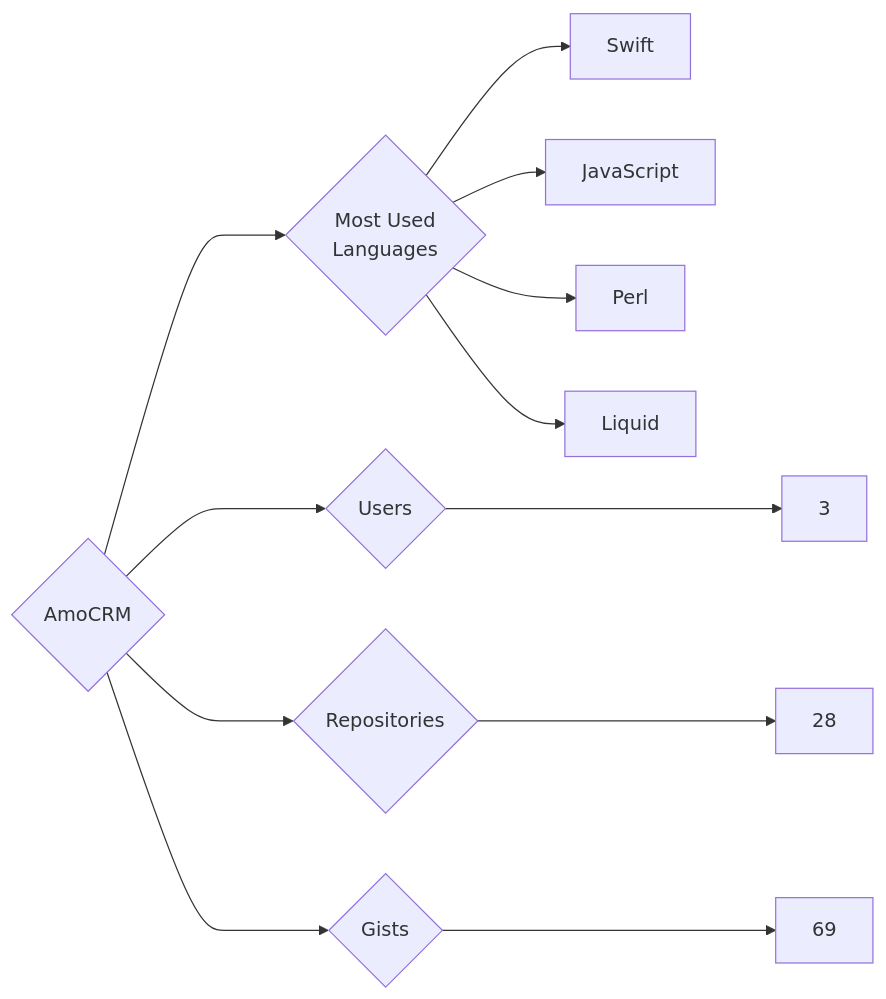
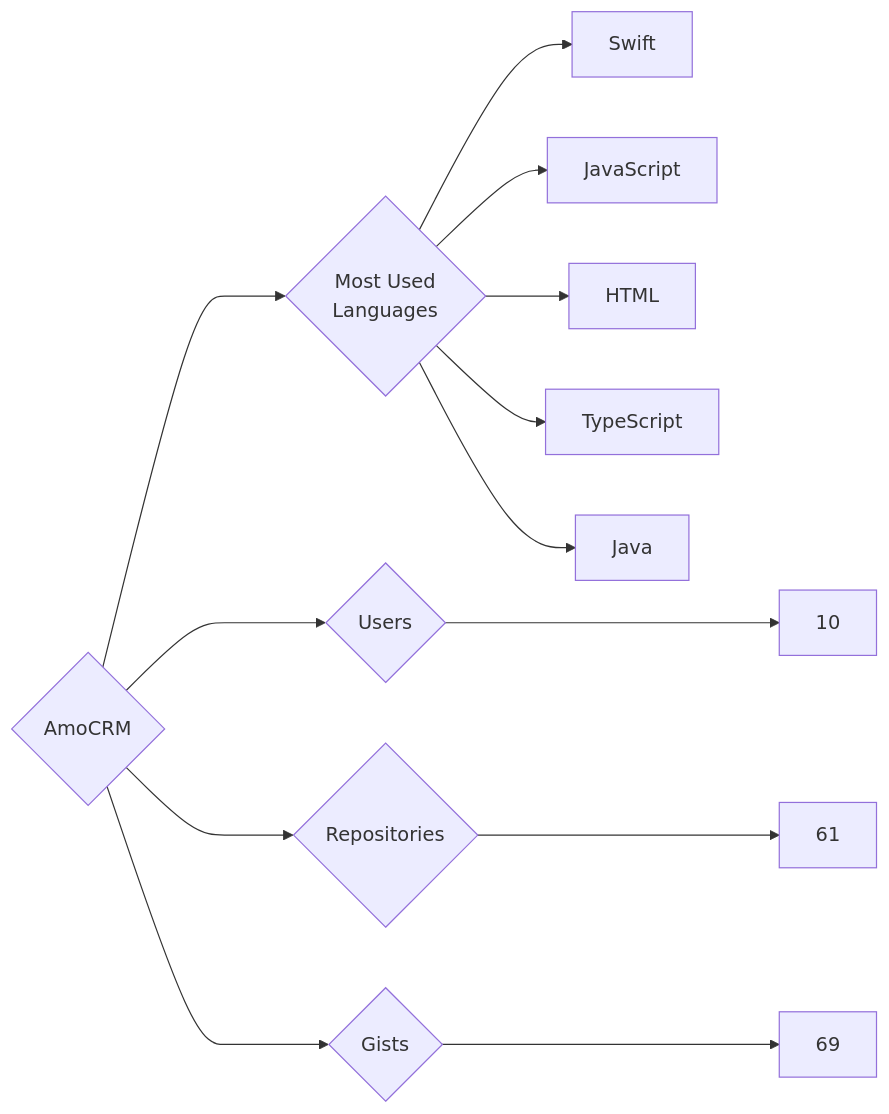
The diagram in targets/AmoCRM/README.md (trickest/insiders), drawn with Mermaid before and after one commit. The commit also changed 440 other files, not shown here.

````diff
--- a/targets/AmoCRM/README.md
+++ b/targets/AmoCRM/README.md
@@ -3,12 +3,13 @@
 ```mermaid
 graph LR
 COMPANY_NAME{AmoCRM}
-COMPANY_NAME ---> U{Users} ---> UN[3]
-COMPANY_NAME ---> R{Repositories} ---> RN[28]
+COMPANY_NAME ---> U{Users} ---> UN[10]
+COMPANY_NAME ---> R{Repositories} ---> RN[61]
 COMPANY_NAME ---> G{Gists} ---> GN[69]
 COMPANY_NAME ---> ML{Most Used<br>Languages}
 ML --> Swift[Swift]
 ML --> JavaScript[JavaScript]
-ML --> Perl[Perl]
-ML --> Liquid[Liquid]
+ML --> HTML[HTML]
+ML --> TypeScript[TypeScript]
+ML --> Java[Java]
 ```
````
